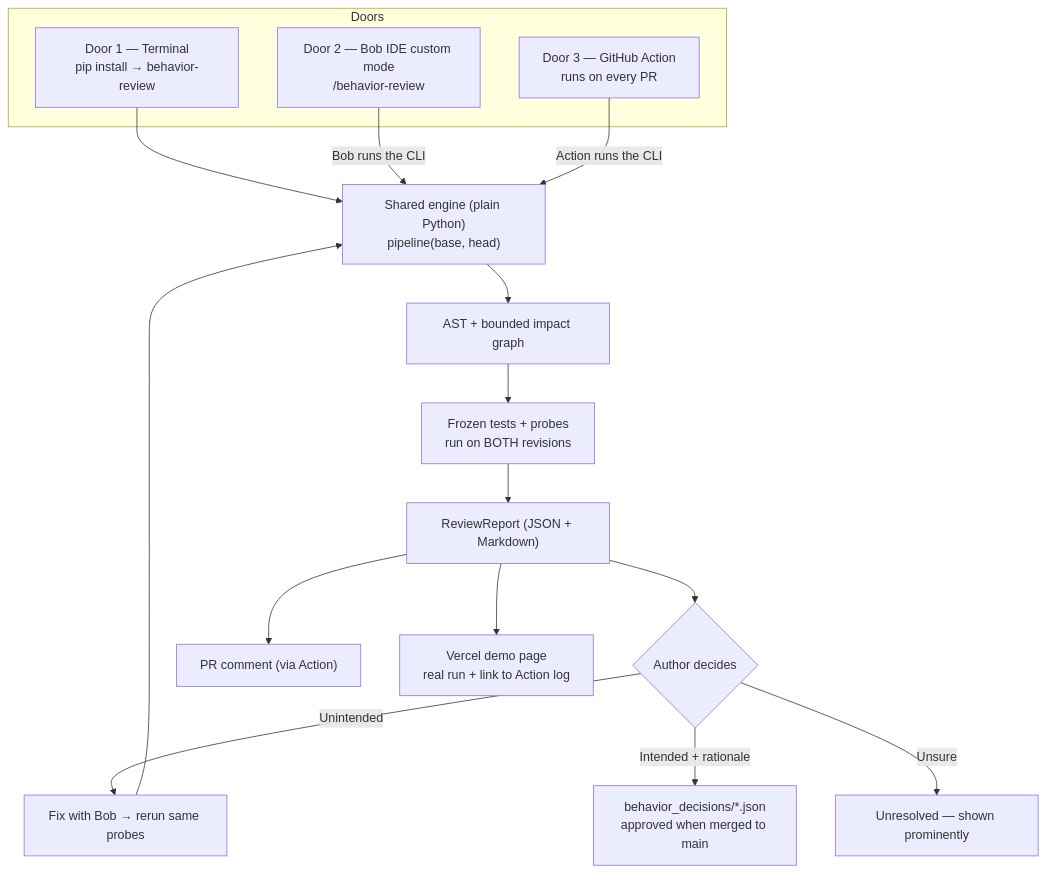
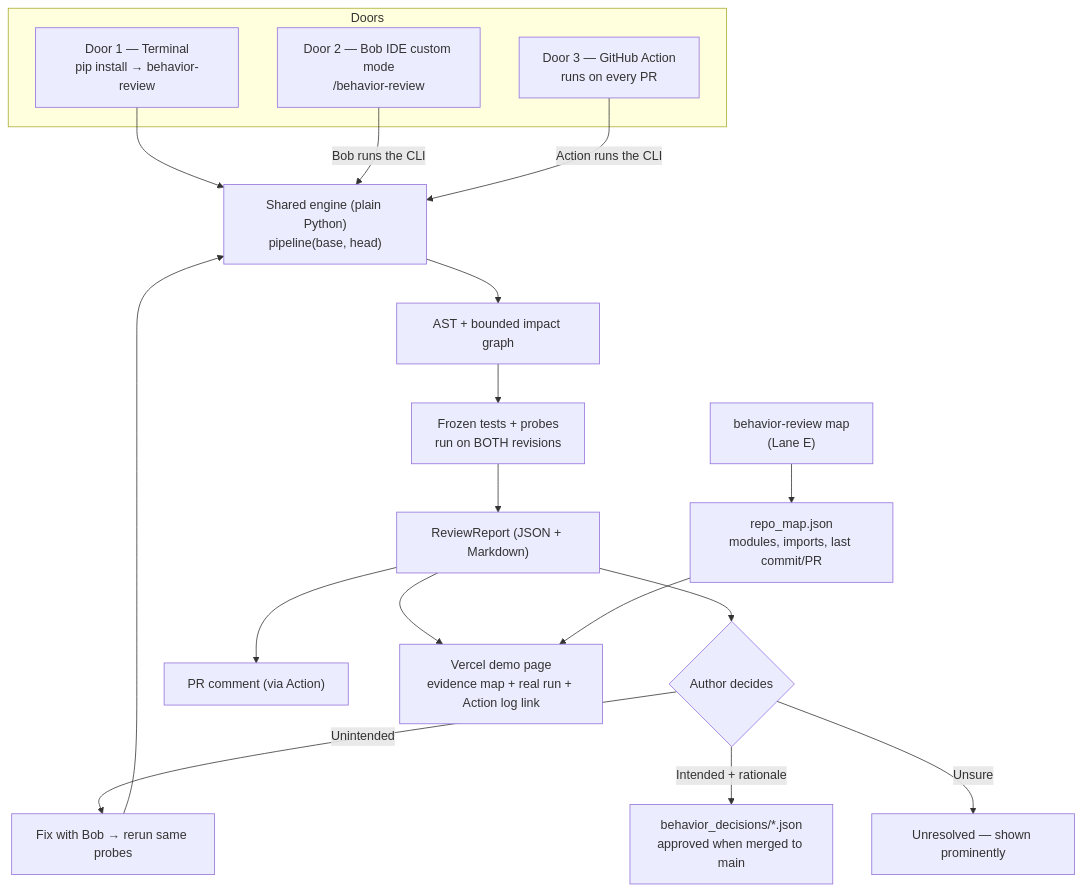
Before and after one commit to kafiirgie/pocbobbin: the first of 2 diagrams in FINAL_PLAN.md, drawn with Mermaid. The commit also changed other lines of this file and 15 other files, not shown here.

````diff
--- a/FINAL_PLAN.md
+++ b/FINAL_PLAN.md
@@ -68,21 +71,23 @@
 ```mermaid
 flowchart TD
     subgraph Doors
         CLI["Door 1 — Terminal<br/>pip install → behavior-review"]
         BOB["Door 2 — Bob IDE custom mode<br/>/behavior-review"]
         GHA["Door 3 — GitHub Action<br/>runs on every PR"]
     end
     CLI --> ENGINE
     BOB -->|Bob runs the CLI| ENGINE
     GHA -->|Action runs the CLI| ENGINE
     ENGINE["Shared engine (plain Python)<br/>pipeline(base, head)"] --> IMPACT["AST + bounded impact graph"]
     IMPACT --> RUN["Frozen tests + probes<br/>run on BOTH revisions"]
     RUN --> REPORT["ReviewReport (JSON + Markdown)"]
     REPORT --> HUMAN{"Author decides"}
     HUMAN -->|Unintended| FIX["Fix with Bob → rerun same probes"]
     FIX --> ENGINE
     HUMAN -->|Intended + rationale| LEDGER["behavior_decisions/*.json<br/>approved when merged to main"]
     HUMAN -->|Unsure| OPEN["Unresolved — shown prominently"]
     REPORT --> COMMENT["PR comment (via Action)"]
-    REPORT --> WEB["Vercel demo page<br/>real run + link to Action log"]
+    REPORT --> WEB["Vercel demo page<br/>evidence map + real run + Action log link"]
+    MAPCMD["behavior-review map<br/>(Lane E)"] --> REPOMAP["repo_map.json<br/>modules, imports, last commit/PR"]
+    REPOMAP --> WEB
 ```
````
